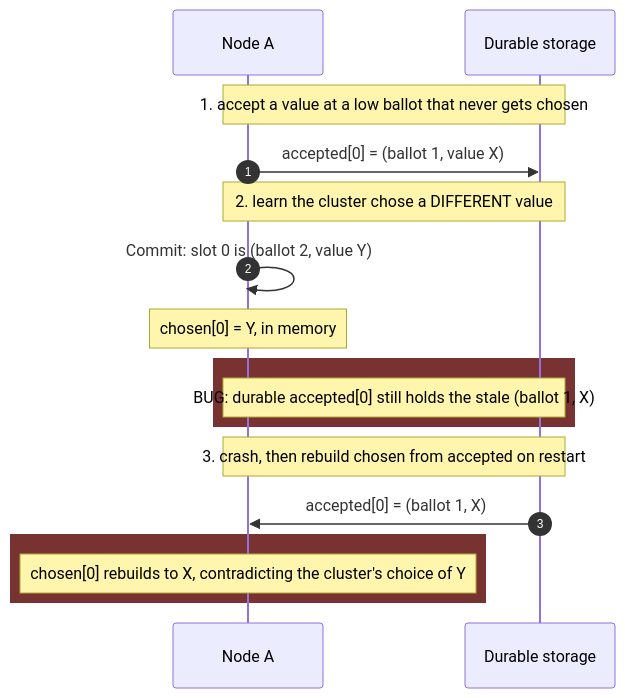
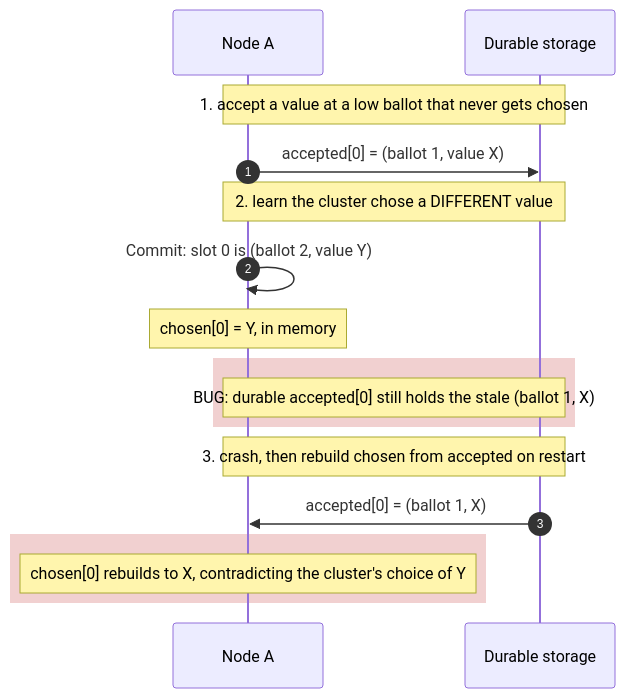
Before and after one commit to PierreZ/paros: the second of 3 diagrams in book/src/restart-safety.md, drawn with Mermaid. The commit also changed other lines of this file and 5 other files, not shown here.

First line of the commit message:
docs(book): add end-to-end Multi-Paxos diagram, fix diagram theme colors

````diff
--- a/book/src/restart-safety.md
+++ b/book/src/restart-safety.md
@@ -61,19 +61,19 @@
 ```mermaid
 sequenceDiagram
     autonumber
     participant N as Node A
     participant D as Durable storage
     Note over N,D: 1. accept a value at a low ballot that never gets chosen
     N->>D: accepted[0] = (ballot 1, value X)
     Note over N,D: 2. learn the cluster chose a DIFFERENT value
     N->>N: Commit: slot 0 is (ballot 2, value Y)
     Note over N: chosen[0] = Y, in memory
-    rect rgb(120, 50, 50)
+    rect rgba(200, 70, 70, 0.25)
     Note over N,D: BUG: durable accepted[0] still holds the stale (ballot 1, X)
     end
     Note over N,D: 3. crash, then rebuild chosen from accepted on restart
     D->>N: accepted[0] = (ballot 1, X)
-    rect rgb(120, 50, 50)
+    rect rgba(200, 70, 70, 0.25)
     Note over N: chosen[0] rebuilds to X, contradicting the cluster's choice of Y
     end
 ```
````
